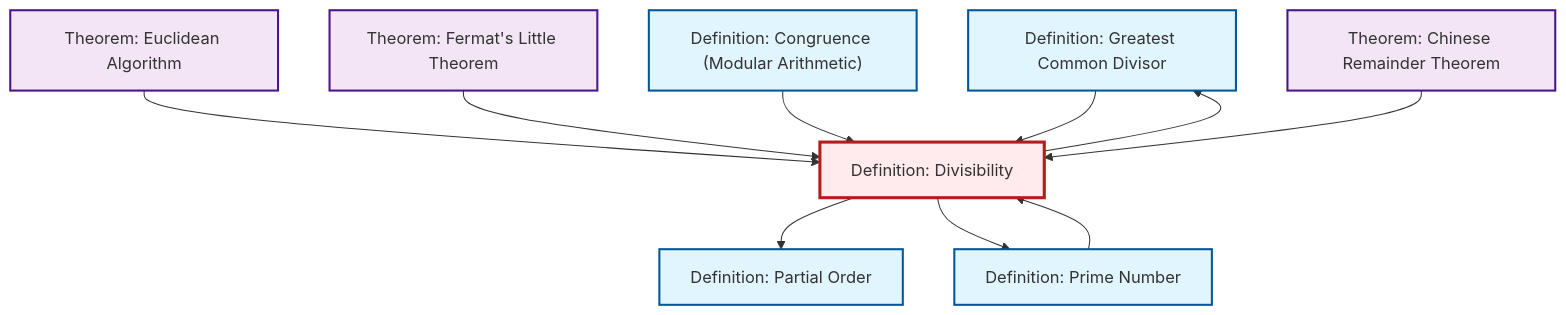
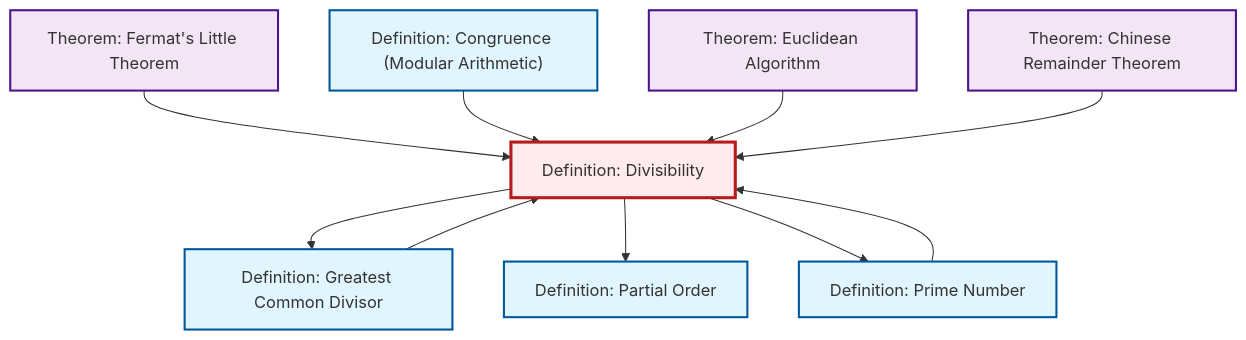
One commit to RK0429/ModernMath changed the diagram in content/en/number-theory/def-divisibility.qmd. Above: the diagram before and after it, drawn with Mermaid. The commit also changed other lines of this file and 619 other files, not shown here.

````diff
--- a/content/en/number-theory/def-divisibility.qmd
+++ b/content/en/number-theory/def-divisibility.qmd
@@ -88,34 +88,34 @@
 ```{mermaid}
 %%| fig-cap: "Local dependency graph"
 graph TD
     classDef definition fill:#e1f5fe,stroke:#01579b,stroke-width:2px
     classDef theorem fill:#f3e5f5,stroke:#4a148c,stroke-width:2px
     classDef axiom fill:#fff3e0,stroke:#e65100,stroke-width:2px
     classDef example fill:#e8f5e9,stroke:#1b5e20,stroke-width:2px
     classDef current fill:#ffebee,stroke:#b71c1c,stroke-width:3px
-    def-partial-order["Definition: Partial Order"]:::definition
+    def-divisibility["Definition: Divisibility"]:::definition
     def-gcd["Definition: Greatest Common Divisor"]:::definition
     def-congruence["Definition: Congruence (Modular Arithmetic)"]:::definition
+    def-prime["Definition: Prime Number"]:::definition
+    def-partial-order["Definition: Partial Order"]:::definition
+    thm-euclidean-algorithm["Theorem: Euclidean Algorithm"]:::theorem
+    thm-chinese-remainder["Theorem: Chinese Remainder Theorem"]:::theorem
     thm-fermat-little["Theorem: Fermat's Little Theorem"]:::theorem
-    thm-chinese-remainder["Theorem: Chinese Remainder Theorem"]:::theorem
-    thm-euclidean-algorithm["Theorem: Euclidean Algorithm"]:::theorem
-    def-prime["Definition: Prime Number"]:::definition
-    def-divisibility["Definition: Divisibility"]:::definition
+    def-divisibility --> def-gcd
+    thm-fermat-little --> def-divisibility
+    def-prime --> def-divisibility
     def-divisibility --> def-partial-order
+    def-gcd --> def-divisibility
+    def-congruence --> def-divisibility
     thm-euclidean-algorithm --> def-divisibility
-    thm-fermat-little --> def-divisibility
-    def-divisibility --> def-gcd
-    def-congruence --> def-divisibility
-    def-gcd --> def-divisibility
     def-divisibility --> def-prime
-    def-prime --> def-divisibility
     thm-chinese-remainder --> def-divisibility
     class def-divisibility current
-    click def-partial-order "def-partial-order.html" "Go to Partial Order definition"
     click def-gcd "def-gcd.html" "Go to Greatest Common Divisor definition"
     click def-congruence "def-congruence.html" "Go to Congruence (Modular Arithmetic) definition"
+    click def-prime "def-prime.html" "Go to Prime Number definition"
+    click def-partial-order "def-partial-order.html" "Go to Partial Order definition"
+    click thm-euclidean-algorithm "thm-euclidean-algorithm.html" "Go to Euclidean Algorithm theorem"
+    click thm-chinese-remainder "thm-chinese-remainder.html" "Go to Chinese Remainder Theorem theorem"
     click thm-fermat-little "thm-fermat-little.html" "Go to Fermat's Little Theorem theorem"
-    click thm-chinese-remainder "thm-chinese-remainder.html" "Go to Chinese Remainder Theorem theorem"
-    click thm-euclidean-algorithm "thm-euclidean-algorithm.html" "Go to Euclidean Algorithm theorem"
-    click def-prime "def-prime.html" "Go to Prime Number definition"
 ```
````
